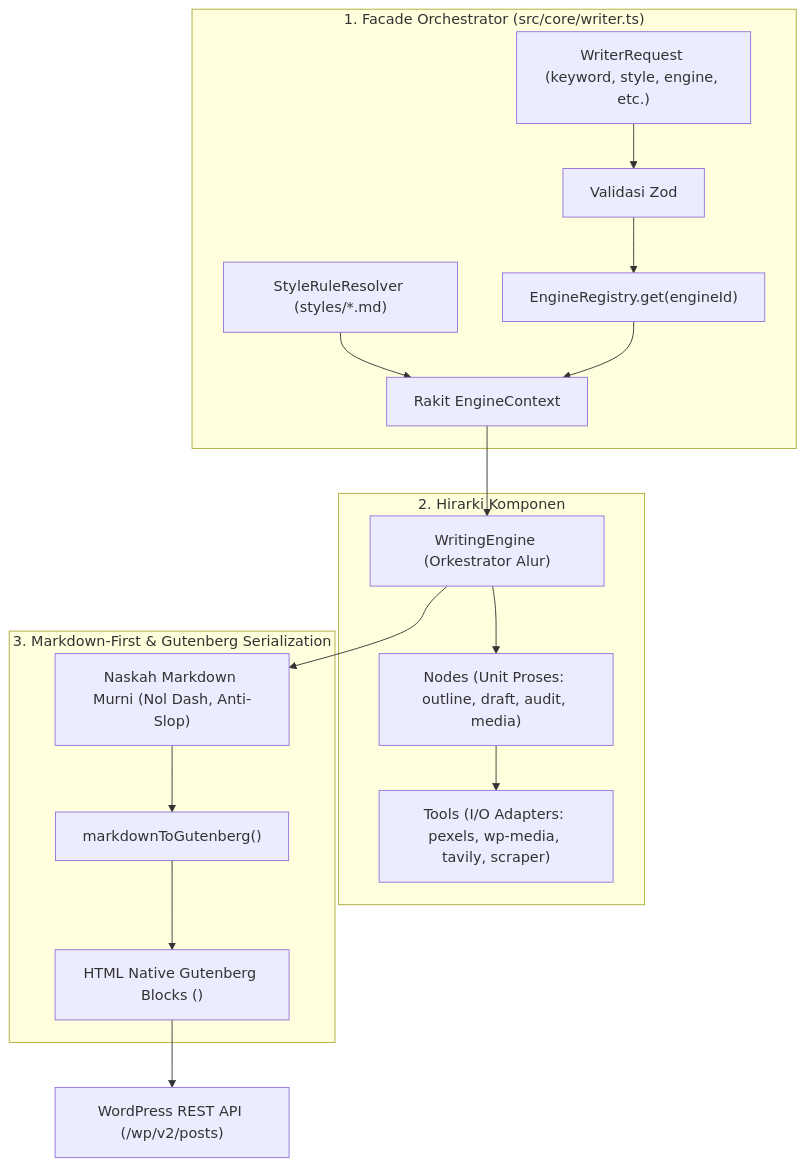
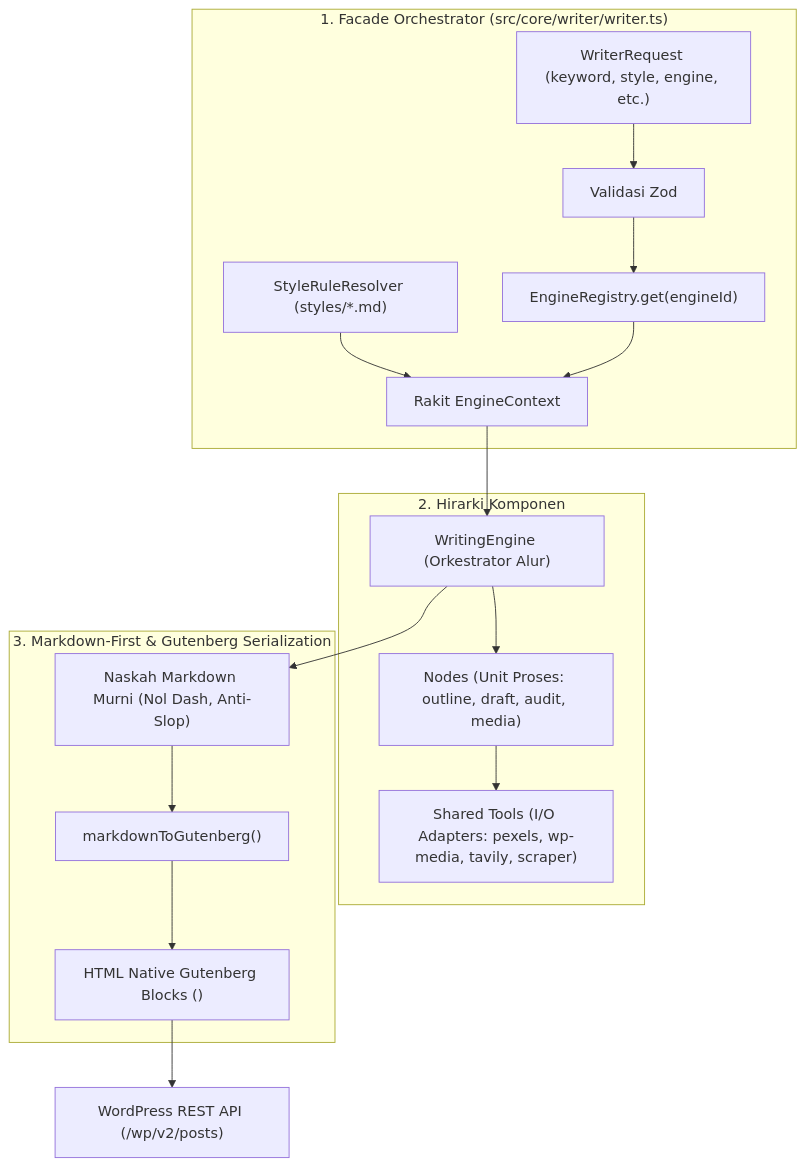
The third of 3 diagrams in ARCHITECTURE.md (erzawansyah/wp-autopost-dashboard), drawn with Mermaid before and after one commit. The commit also changed other lines of this file and 10 other files, not shown here.

````diff
--- a/ARCHITECTURE.md
+++ b/ARCHITECTURE.md
@@ -377,28 +383,28 @@
 ```mermaid
 flowchart TD
-    subgraph Facade["1. Facade Orchestrator (src/core/writer.ts)"]
+    subgraph Facade["1. Facade Orchestrator (src/core/writer/writer.ts)"]
         REQ["WriterRequest (keyword, style, engine, etc.)"] --> VAL["Validasi Zod"]
         VAL --> REG["EngineRegistry.get(engineId)"]
         STYLE["StyleRuleResolver (styles/*.md)"] --> CTX["Rakit EngineContext"]
         REG --> CTX
     end
 
     subgraph Hierarchy["2. Hirarki Komponen"]
         ENGINE["WritingEngine (Orkestrator Alur)"]
         NODE["Nodes (Unit Proses: outline, draft, audit, media)"]
-        TOOL["Tools (I/O Adapters: pexels, wp-media, tavily, scraper)"]
+        TOOL["Shared Tools (I/O Adapters: pexels, wp-media, tavily, scraper)"]
         ENGINE --> NODE
         NODE --> TOOL
     end
 
     subgraph Output["3. Markdown-First & Gutenberg Serialization"]
         MD["Naskah Markdown Murni (Nol Dash, Anti-Slop)"]
         SERIALIZER["markdownToGutenberg()"]
         WP_BLOCKS["HTML Native Gutenberg Blocks (<!-- wp:... -->)"]
         MD --> SERIALIZER --> WP_BLOCKS
     end
 
     CTX --> ENGINE
     ENGINE --> MD
     WP_BLOCKS --> WP_REST["WordPress REST API (/wp/v2/posts)"]
 ```
````
